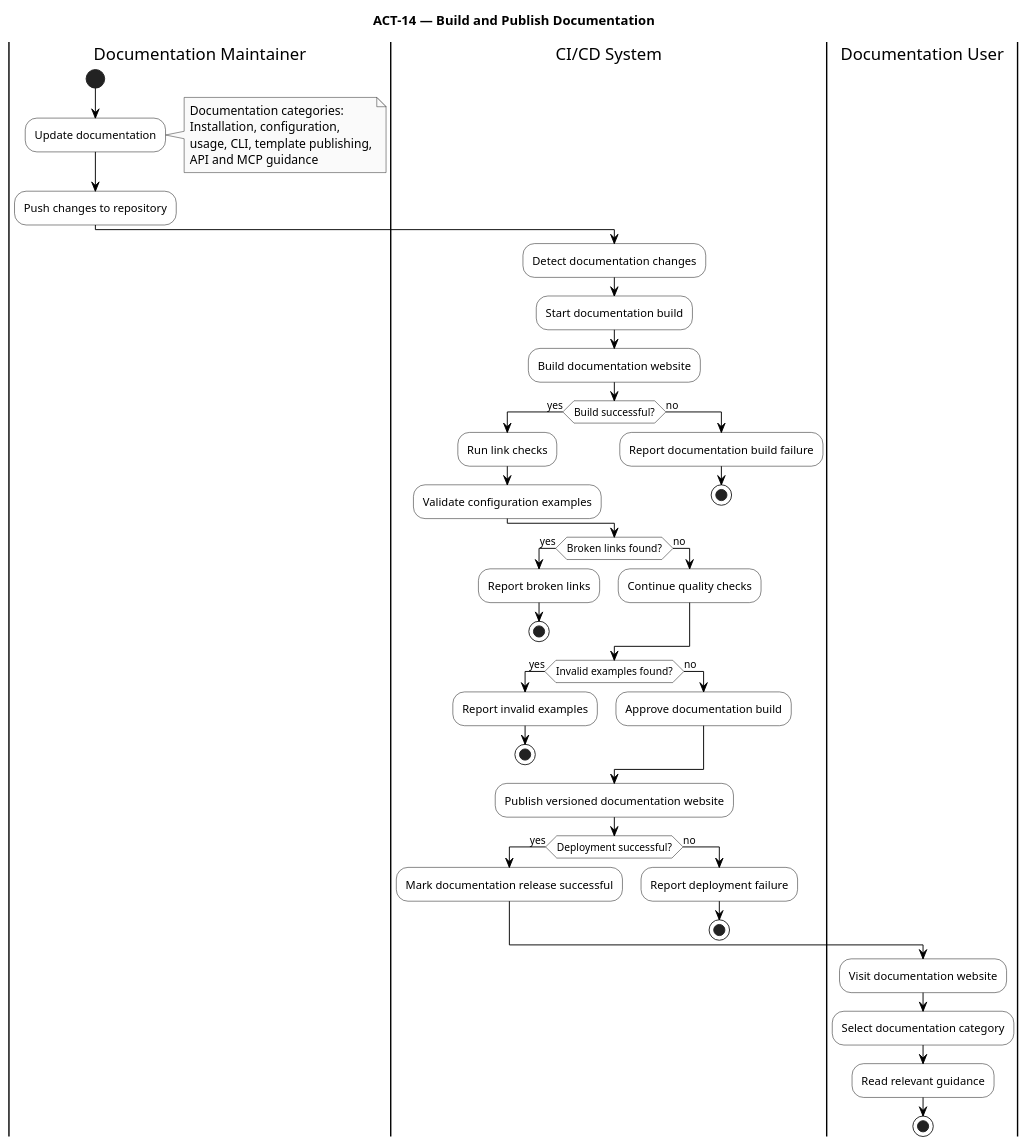
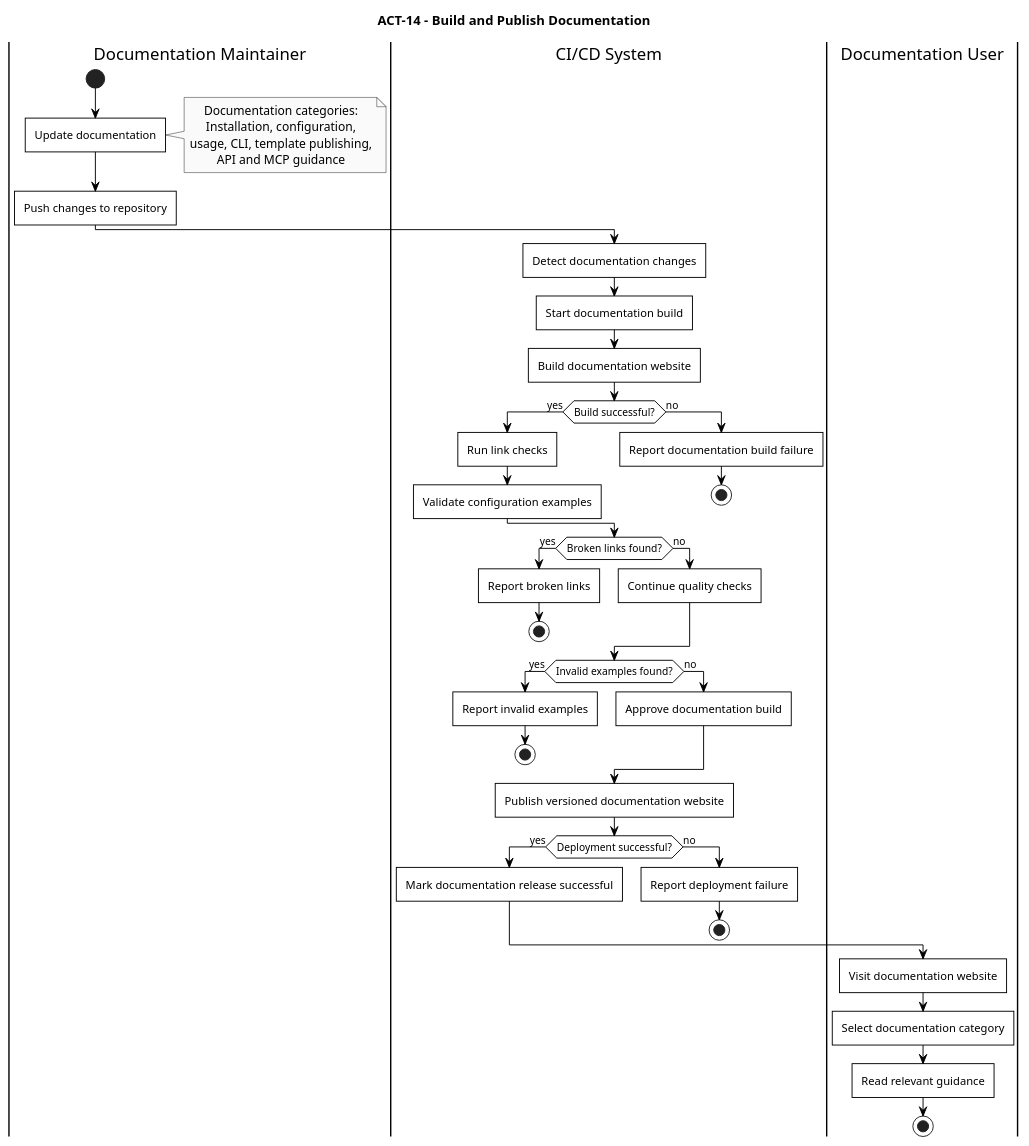
The diagram in diagrams/puml/activity/14-documentation.puml (Litho-MD/uet-fyp-docs), drawn with PlantUML before and after one commit. The commit also changed 38 other files, not shown here.

Commit message:
fix(diagrams): add diamond merge loops to userflows, square borders to activities, and align security review text

```diff
--- a/diagrams/puml/activity/14-documentation.puml
+++ b/diagrams/puml/activity/14-documentation.puml
@@ -1,67 +1,70 @@
 @startuml
-title ACT-14 — Build and Publish Documentation
+title ACT-14 - Build and Publish Documentation
 
 skinparam monochrome true
 skinparam backgroundColor white
 skinparam shadowing false
+skinparam roundCorner 0
+skinparam defaultTextAlignment center
+skinparam activityBorderThickness 1
 skinparam activity {
     BackgroundColor white
     BorderColor black
     FontColor black
     DiamondBackgroundColor white
     DiamondBorderColor black
 }
 skinparam ArrowColor black
 skinparam defaultFontColor black
 
 |Documentation Maintainer|
 start
 :Update documentation;
 note right
     Documentation categories:
     Installation, configuration,
     usage, CLI, template publishing,
     API and MCP guidance
 end note
 :Push changes to repository;
 
 |CI/CD System|
 :Detect documentation changes;
 :Start documentation build;
 :Build documentation website;
 if (Build successful?) then (yes)
     :Run link checks;
     :Validate configuration examples;
 else (no)
     :Report documentation build failure;
     stop
 endif
 
 if (Broken links found?) then (yes)
     :Report broken links;
     stop
 else (no)
     :Continue quality checks;
 endif
 
 if (Invalid examples found?) then (yes)
     :Report invalid examples;
     stop
 else (no)
     :Approve documentation build;
 endif
 
 :Publish versioned documentation website;
 if (Deployment successful?) then (yes)
     :Mark documentation release successful;
 else (no)
     :Report deployment failure;
     stop
 endif
 
 |Documentation User|
 :Visit documentation website;
 :Select documentation category;
 :Read relevant guidance;
 stop
 @enduml
```
